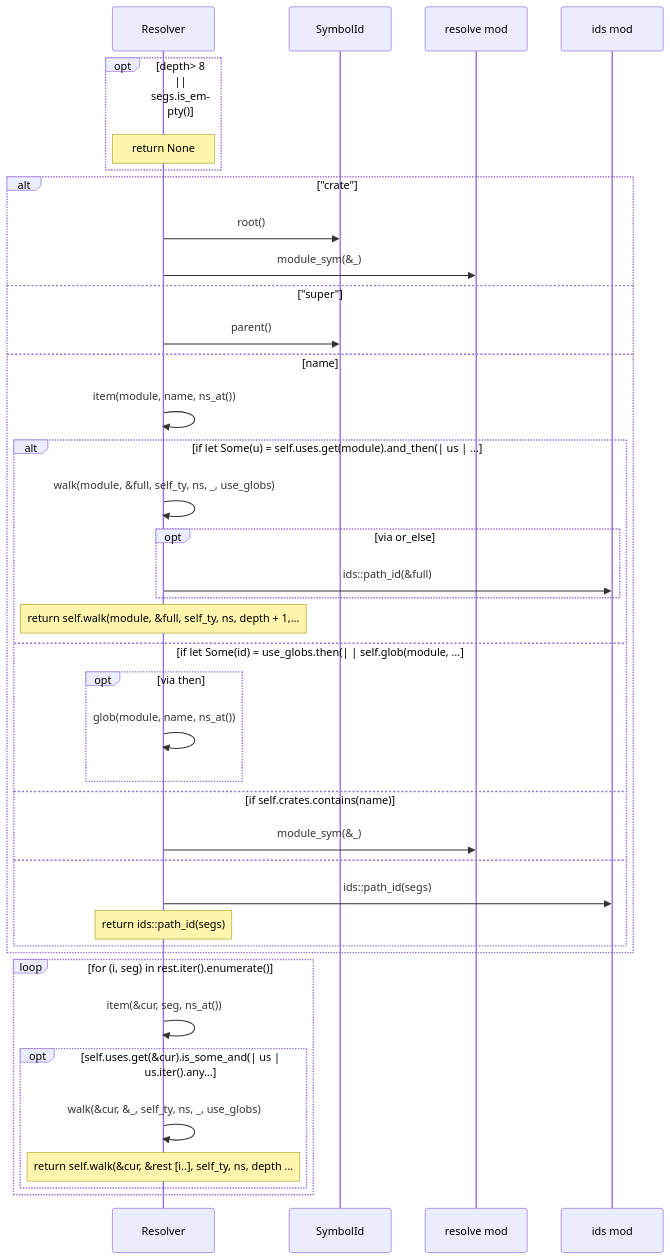
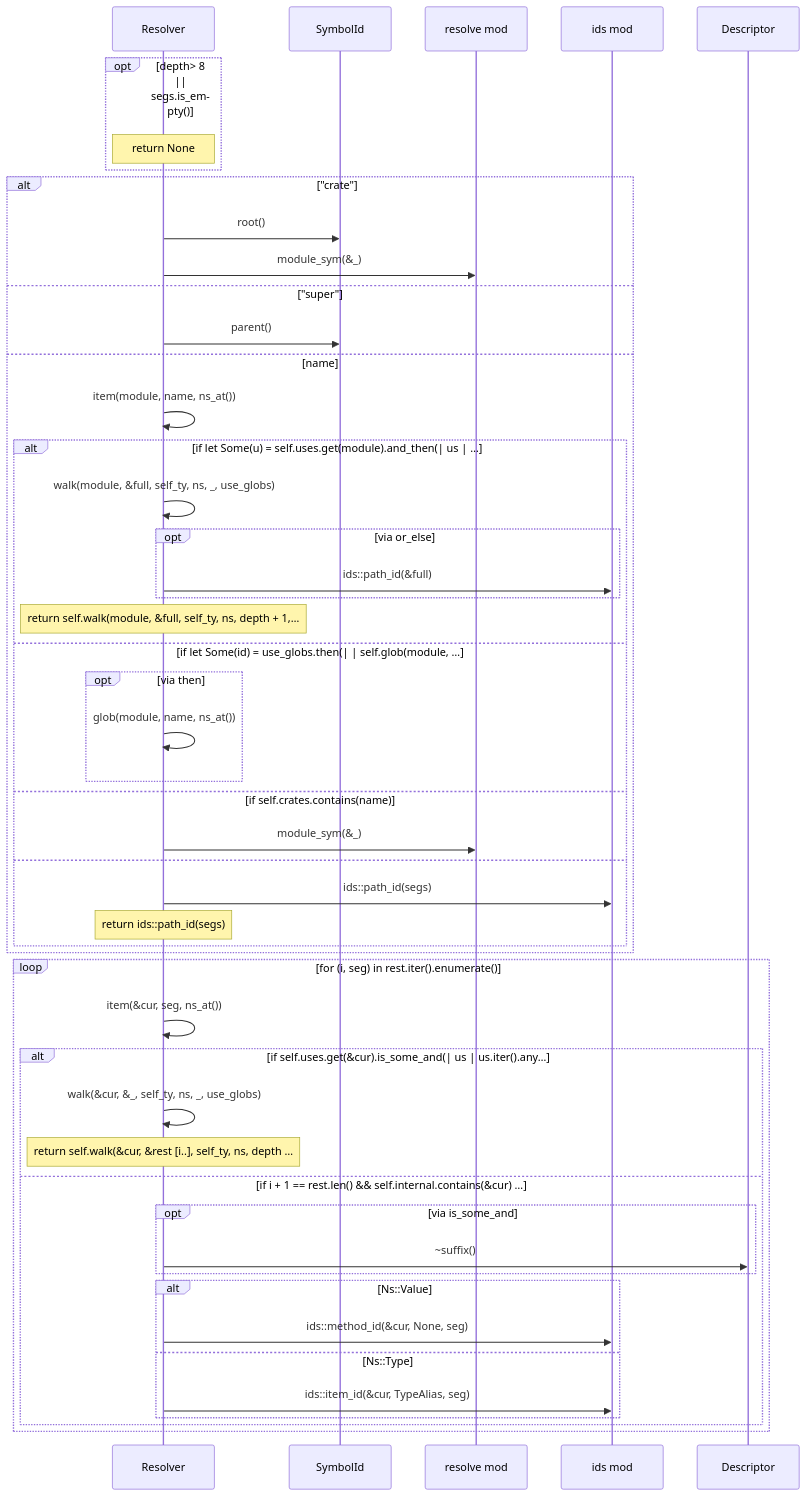
Diagram 11 of 22 in docs/sealmap/crates/sealmap-rust/src/resolve.rs.md (DreamLab-AI/codemaid), drawn with Mermaid before and after one commit. The commit also changed other lines of this file and 29 other files, not shown here.

````diff
--- a/docs/sealmap/crates/sealmap-rust/src/resolve.rs.md
+++ b/docs/sealmap/crates/sealmap-rust/src/resolve.rs.md
@@ -382,41 +382,51 @@
 ```mermaid
 sequenceDiagram
   participant sealmap_rust__resolve___tResolver as Resolver
   participant sealmap_model__sym___tSymbolId as SymbolId
   participant sealmap_rust__resolve as resolve mod
-  participant sealmap_frontend__ids as ids mod
+  participant sealmap_extract__ids as ids mod
+  participant sealmap_model__sym___tDescriptor as Descriptor
   opt depth> 8 || segs.is_empty()
     Note over sealmap_rust__resolve___tResolver: return None
   end
   alt #quot;crate#quot;
     sealmap_rust__resolve___tResolver->>sealmap_model__sym___tSymbolId: root()
     sealmap_rust__resolve___tResolver->>sealmap_rust__resolve: module_sym(&_)
   else #quot;super#quot;
     sealmap_rust__resolve___tResolver->>sealmap_model__sym___tSymbolId: parent()
   else name
     sealmap_rust__resolve___tResolver->>sealmap_rust__resolve___tResolver: item(module, name, ns_at())
     alt if let Some(u) = self.uses.get(module).and_then(| us | …
       sealmap_rust__resolve___tResolver->>sealmap_rust__resolve___tResolver: walk(module, &full, self_ty, ns, _, use_globs)
       opt via or_else
-        sealmap_rust__resolve___tResolver->>sealmap_frontend__ids: ids::path_id(&full)
+        sealmap_rust__resolve___tResolver->>sealmap_extract__ids: ids::path_id(&full)
       end
       Note over sealmap_rust__resolve___tResolver: return self.walk(module, &full, self_ty, ns, depth + 1,…
     else if let Some(id) = use_globs.then(| | self.glob(module, …
       opt via then
         sealmap_rust__resolve___tResolver->>sealmap_rust__resolve___tResolver: glob(module, name, ns_at())
       end
     else if self.crates.contains(name)
       sealmap_rust__resolve___tResolver->>sealmap_rust__resolve: module_sym(&_)
     else
-      sealmap_rust__resolve___tResolver->>sealmap_frontend__ids: ids::path_id(segs)
+      sealmap_rust__resolve___tResolver->>sealmap_extract__ids: ids::path_id(segs)
       Note over sealmap_rust__resolve___tResolver: return ids::path_id(segs)
     end
   end
   loop for (i, seg) in rest.iter().enumerate()
     sealmap_rust__resolve___tResolver->>sealmap_rust__resolve___tResolver: item(&cur, seg, ns_at())
-    opt self.uses.get(&cur).is_some_and(| us | us.iter().any…
+    alt if self.uses.get(&cur).is_some_and(| us | us.iter().any…
       sealmap_rust__resolve___tResolver->>sealmap_rust__resolve___tResolver: walk(&cur, &_, self_ty, ns, _, use_globs)
       Note over sealmap_rust__resolve___tResolver: return self.walk(&cur, &rest [i..], self_ty, ns, depth …
+    else if i + 1 == rest.len() && self.internal.contains(&cur) …
+      opt via is_some_and
+        sealmap_rust__resolve___tResolver->>sealmap_model__sym___tDescriptor: ~suffix()
+      end
+      alt Ns::Value
+        sealmap_rust__resolve___tResolver->>sealmap_extract__ids: ids::method_id(&cur, None, seg)
+      else Ns::Type
+        sealmap_rust__resolve___tResolver->>sealmap_extract__ids: ids::item_id(&cur, TypeAlias, seg)
+      end
     end
   end
 ```
````
